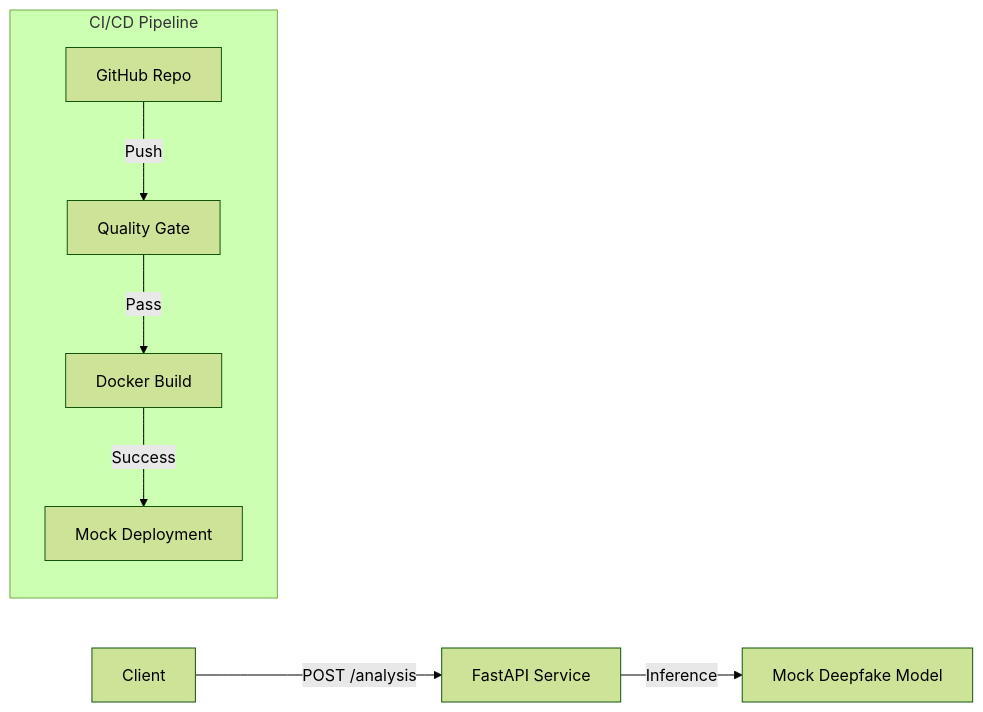
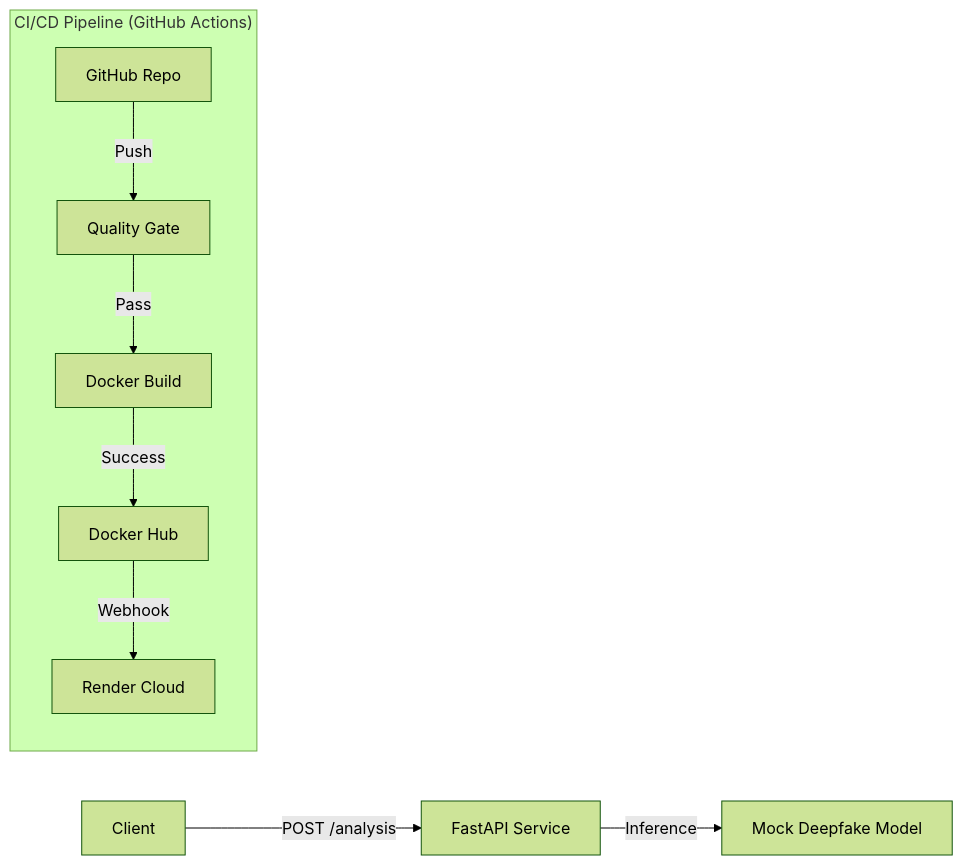
One commit to neerajnakka/CICD-Pipeline-Deepfake-Processing changed the diagram in README.md. Above: the diagram before and after it, drawn with Mermaid (forest theme). The commit also changed other lines of this file, not shown here.

Commit message:
Render deployment

````diff
--- a/README.md
+++ b/README.md
@@ -14,11 +18,12 @@
 ```mermaid
 graph LR
     User[Client] -->|POST /analysis| API[FastAPI Service]
     API -->|Inference| Model[Mock Deepfake Model]
     
-    subgraph "CI/CD Pipeline"
+    subgraph "CI/CD Pipeline (GitHub Actions)"
         Git[GitHub Repo] -->|Push| QA[Quality Gate]
         QA -->|Pass| Build[Docker Build]
-        Build -->|Success| Deploy[Mock Deployment]
+        Build -->|Success| Registry[Docker Hub]
+        Registry -->|Webhook| Cloud[Render Cloud]
     end
 ```
````
